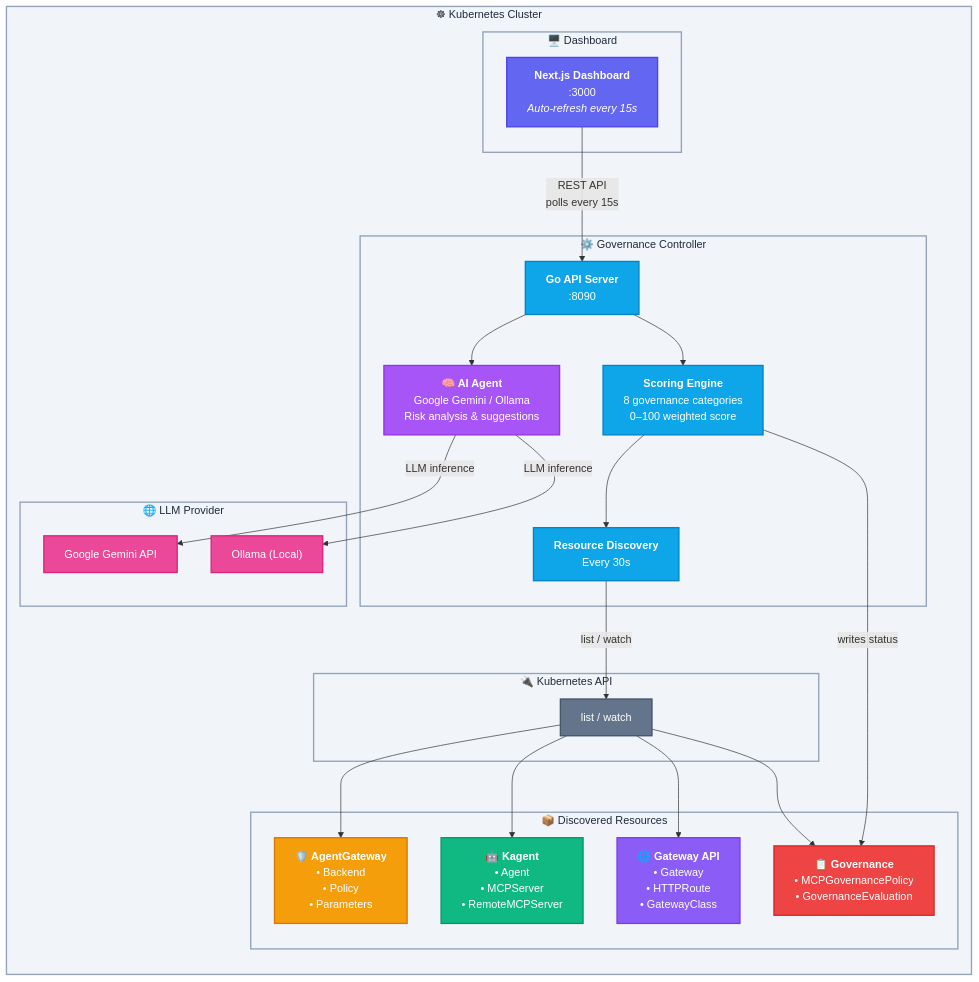
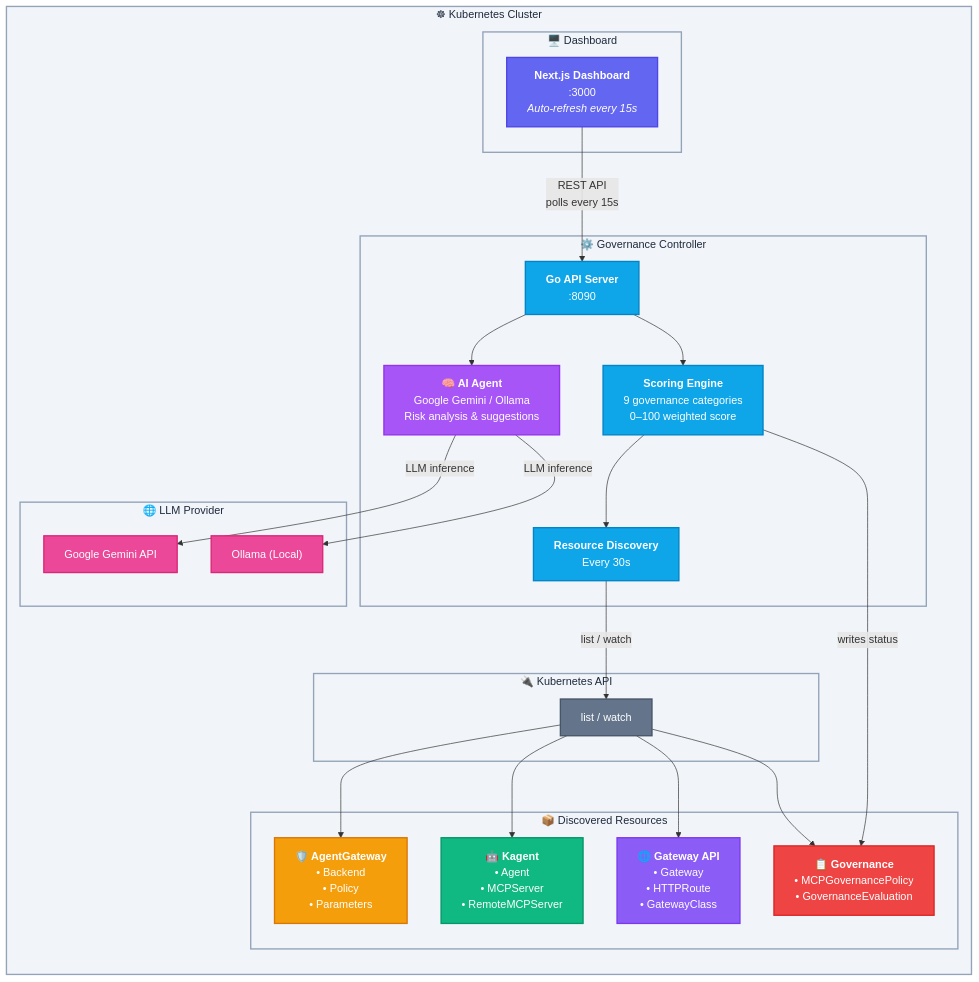
Before and after one commit to techwithhuz/mcp-security-governance: the diagram in README.md, drawn with Mermaid. The commit also changed other lines of this file and 27 other files, not shown here.

````diff
--- a/README.md
+++ b/README.md
@@ -73,68 +78,68 @@
 ```mermaid
 graph TB
     subgraph K8s["☸ Kubernetes Cluster"]
         direction TB
 
         subgraph UI["🖥️ Dashboard"]
             Dashboard["<b>Next.js Dashboard</b><br/>:3000<br/><i>Auto-refresh every 15s</i>"]
         end
 
         subgraph Ctrl["⚙️ Governance Controller"]
             API["<b>Go API Server</b><br/>:8090"]
-            Evaluator["<b>Scoring Engine</b><br/>8 governance categories<br/>0–100 weighted score"]
+            Evaluator["<b>Scoring Engine</b><br/>9 governance categories<br/>0–100 weighted score"]
             AIAgent["<b>🧠 AI Agent</b><br/>Google Gemini / Ollama<br/>Risk analysis & suggestions"]
             Discovery["<b>Resource Discovery</b><br/>Every 30s"]
         end
 
         subgraph K8sAPI["🔌 Kubernetes API"]
             APIServer["list / watch"]
         end
 
         subgraph CRDs["📦 Discovered Resources"]
             AGW["<b>🛡️ AgentGateway</b><br/>• Backend<br/>• Policy<br/>• Parameters"]
             Kagent["<b>🤖 Kagent</b><br/>• Agent<br/>• MCPServer<br/>• RemoteMCPServer"]
             GW["<b>🌐 Gateway API</b><br/>• Gateway<br/>• HTTPRoute<br/>• GatewayClass"]
             GOV["<b>📋 Governance</b><br/>• MCPGovernancePolicy<br/>• GovernanceEvaluation"]
         end
 
         subgraph LLM["🌐 LLM Provider"]
             Gemini["Google Gemini API"]
             Ollama["Ollama (Local)"]
         end
     end
 
     Dashboard -- "REST API<br/>polls every 15s" --> API
     API --> Evaluator
     API --> AIAgent
     Evaluator --> Discovery
     AIAgent -- "LLM inference" --> Gemini
     AIAgent -- "LLM inference" --> Ollama
     Discovery -- "list / watch" --> APIServer
     APIServer --> AGW
     APIServer --> Kagent
     APIServer --> GW
     APIServer --> GOV
     Evaluator -- "writes status" --> GOV
 
     classDef ui fill:#6366f1,stroke:#4f46e5,color:#fff,stroke-width:2px
     classDef ctrl fill:#0ea5e9,stroke:#0284c7,color:#fff,stroke-width:2px
     classDef api fill:#64748b,stroke:#475569,color:#fff,stroke-width:2px
     classDef agw fill:#f59e0b,stroke:#d97706,color:#fff,stroke-width:2px
     classDef kagent fill:#10b981,stroke:#059669,color:#fff,stroke-width:2px
     classDef gw fill:#8b5cf6,stroke:#7c3aed,color:#fff,stroke-width:2px
     classDef gov fill:#ef4444,stroke:#dc2626,color:#fff,stroke-width:2px
     classDef ai fill:#a855f7,stroke:#9333ea,color:#fff,stroke-width:2px
     classDef llm fill:#ec4899,stroke:#db2777,color:#fff,stroke-width:2px
     classDef cluster fill:#f1f5f9,stroke:#94a3b8,color:#1e293b,stroke-width:2px
 
     class Dashboard ui
     class API,Evaluator,Discovery ctrl
     class AIAgent ai
     class APIServer api
     class AGW agw
     class Kagent kagent
     class GW gw
     class GOV gov
     class Gemini,Ollama llm
     class K8s cluster
 ```
````
